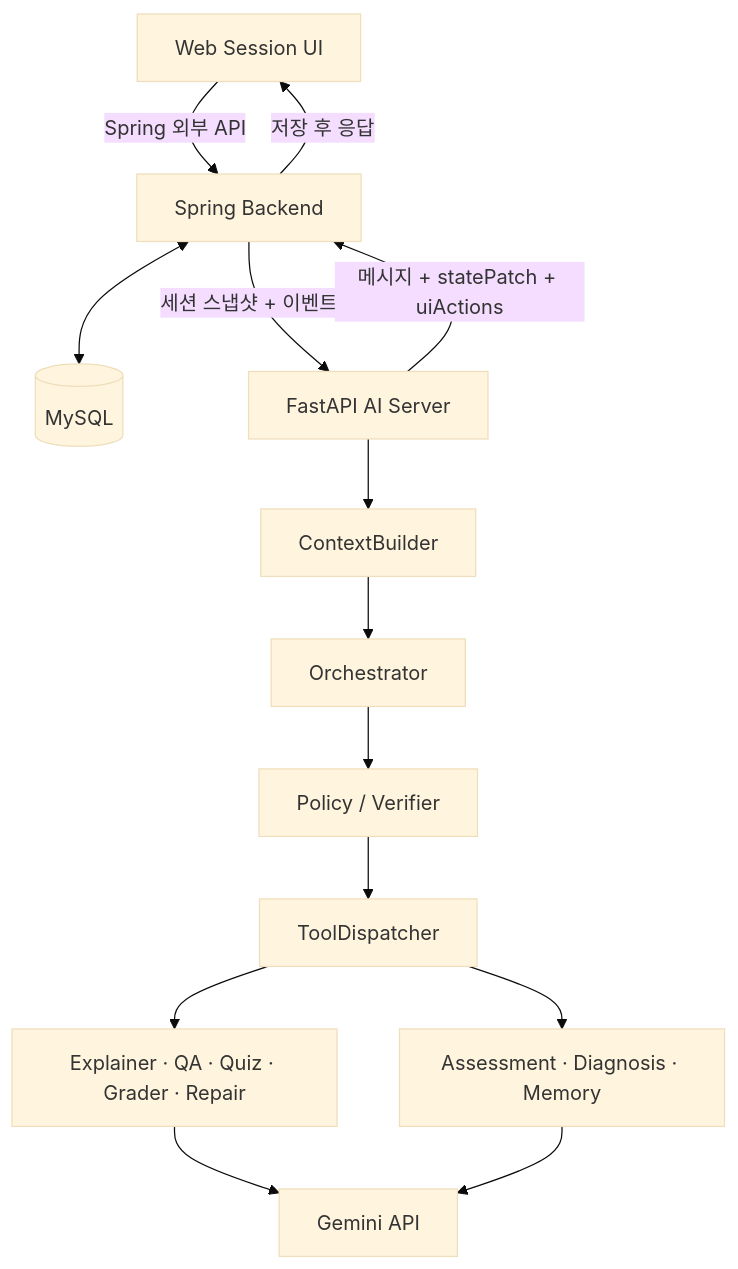
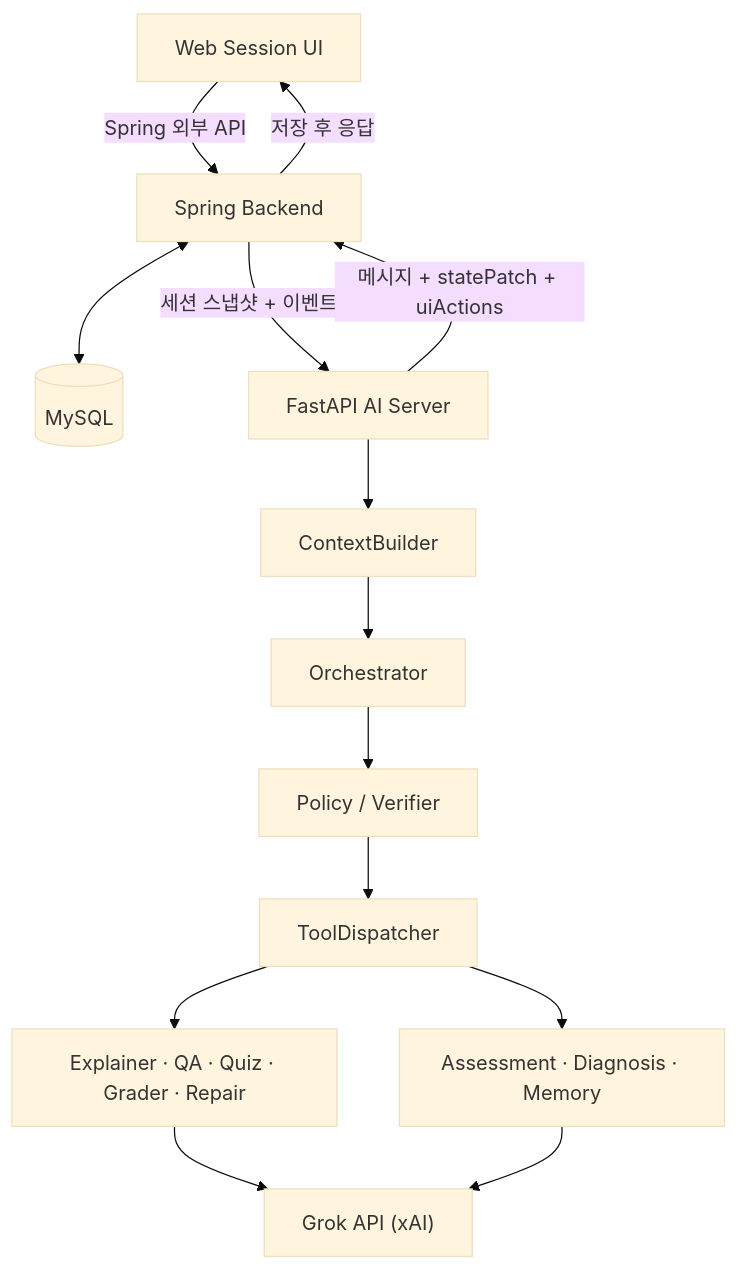
Before and after one commit to AutoAI-UTEUM/BE: the first of 2 diagrams in docs/architecture.md, drawn with Mermaid (base theme). The commit also changed other lines of this file and 20 other files, not shown here.

Commit message:
docs: Grok API 전환 및 Epic 3·4 결정 확정 (DEC-005·006·008·016·024·025)

````diff
--- a/docs/architecture.md
+++ b/docs/architecture.md
@@ -11,23 +11,23 @@
 ```mermaid
 flowchart TB
   UI["Web Session UI"]
   SPRING["Spring Backend"]
   DB[("MySQL")]
   FASTAPI["FastAPI AI Server"]
   CONTEXT["ContextBuilder"]
   ORCH["Orchestrator"]
   POLICY["Policy / Verifier"]
   DISPATCH["ToolDispatcher"]
   AGENTS["Explainer · QA · Quiz · Grader · Repair"]
   SERVICES["Assessment · Diagnosis · Memory"]
-  GEMINI["Gemini API"]
+  GROK["Grok API (xAI)"]
 
   UI -->|Spring 외부 API| SPRING
   SPRING <--> DB
   SPRING -->|세션 스냅샷 + 이벤트| FASTAPI
   FASTAPI --> CONTEXT --> ORCH --> POLICY --> DISPATCH
-  DISPATCH --> AGENTS --> GEMINI
-  DISPATCH --> SERVICES --> GEMINI
+  DISPATCH --> AGENTS --> GROK
+  DISPATCH --> SERVICES --> GROK
   FASTAPI -->|메시지 + statePatch + uiActions| SPRING
   SPRING -->|저장 후 응답| UI
 ```
````
